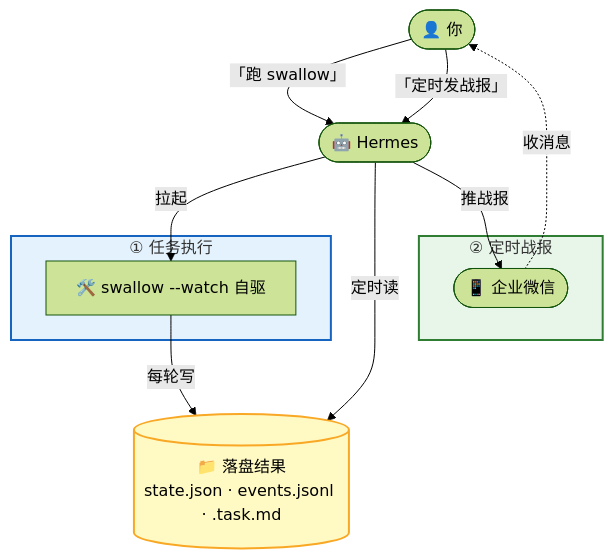
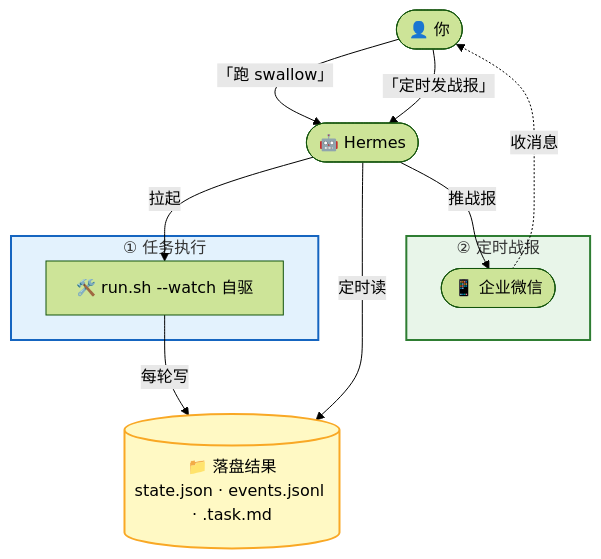
One commit to free-wyq/swallow changed the diagram in docs/hermes-guide.md. Above: the diagram before and after it, drawn with Mermaid (forest theme). The commit also changed other lines of this file and 6 other files, not shown here.

First line of the commit message:
docs: 全面清除老黄历残留（裸 swallow 命令 + $RUN + 旧记忆架构）

````diff
--- a/docs/hermes-guide.md
+++ b/docs/hermes-guide.md
@@ -3,27 +3,27 @@
 ```mermaid
 flowchart TB
     You([👤 你])
     Hermes([🤖 Hermes])
 
     subgraph run["① 任务执行"]
-      Watch["🛠️ swallow --watch 自驱"]
+      Watch["🛠️ run.sh --watch 自驱"]
     end
 
     Disk[("📁 落盘结果<br/>state.json · events.jsonl · .task.md")]
 
     subgraph report["② 定时战报"]
       WeCom([📱 企业微信])
     end
 
     You -->|"「跑 swallow」"| Hermes
     Hermes -->|"拉起"| Watch
     Watch -->|"每轮写"| Disk
     You -->|"「定时发战报」"| Hermes
     Hermes -->|"定时读"| Disk
     Hermes -->|"推战报"| WeCom
     WeCom -.->|"收消息"| You
 
     style run fill:#e3f2fd,stroke:#1565c0,stroke-width:2px
     style report fill:#e8f5e9,stroke:#2e7d32,stroke-width:2px
     style Disk fill:#fff9c4,stroke:#f9a825,stroke-width:2px
 ```
````
